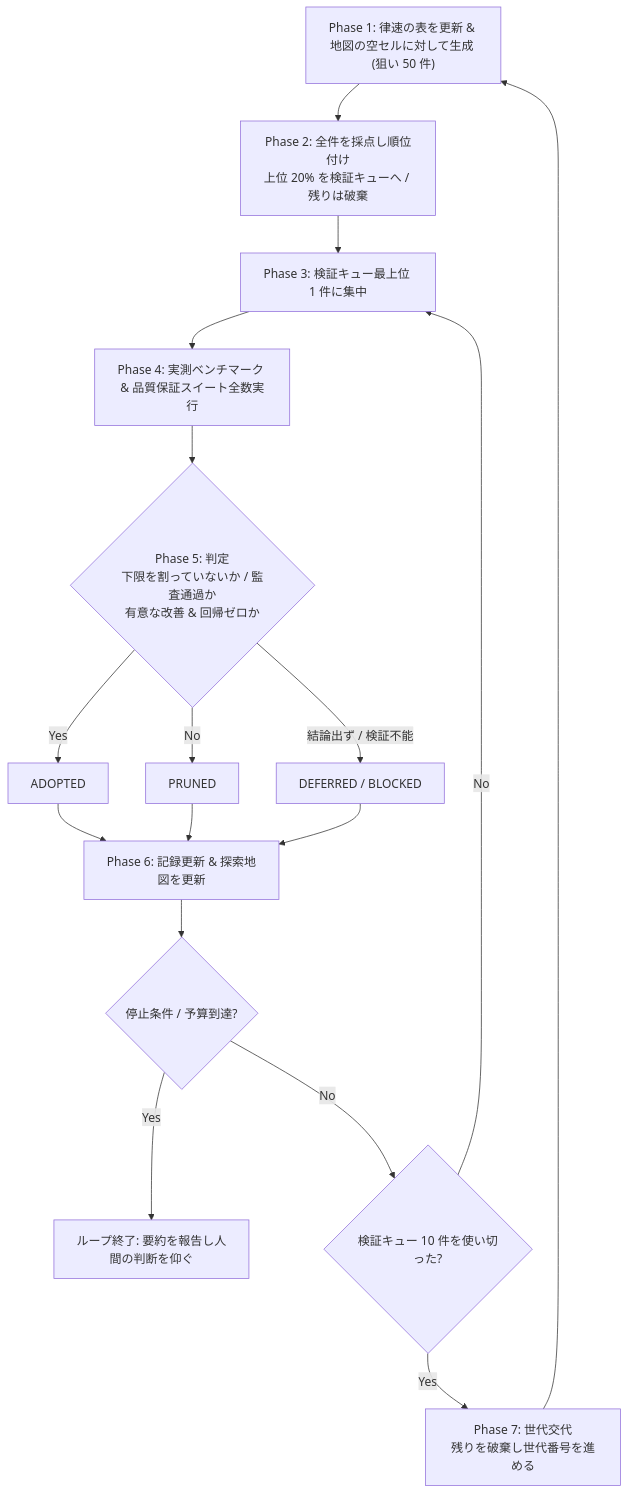
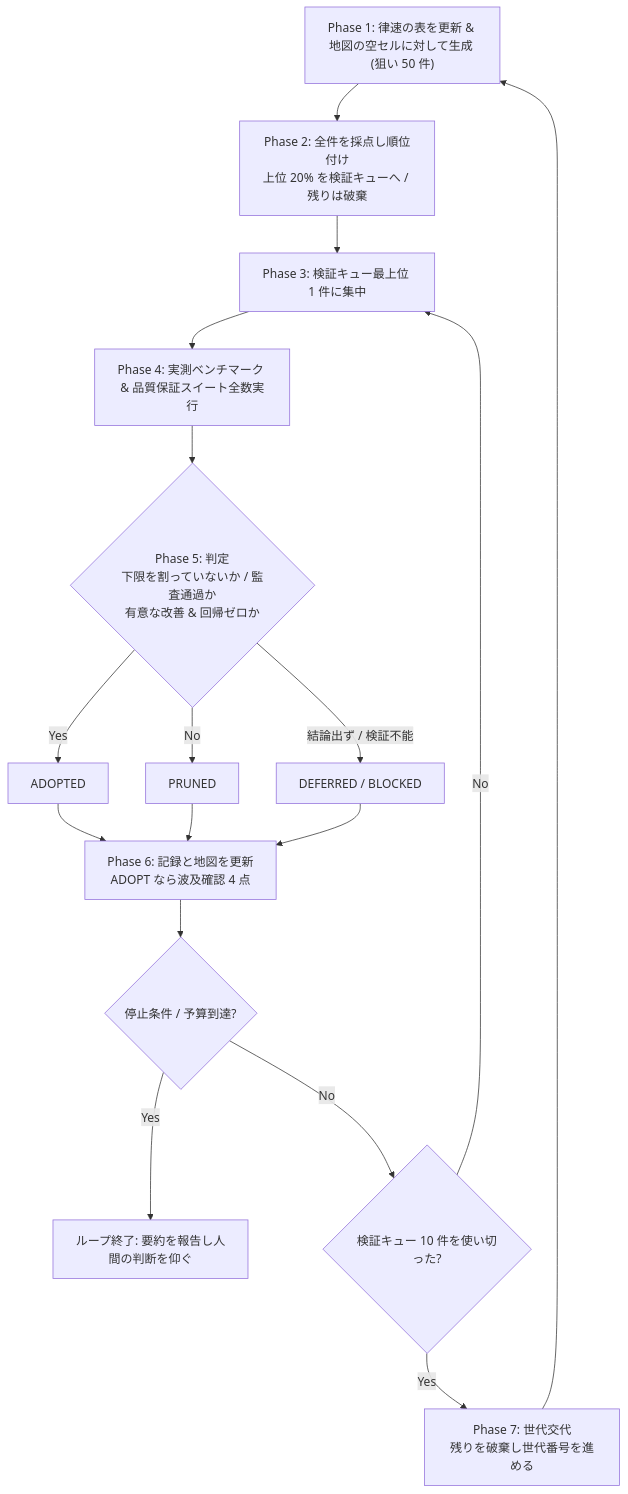
One commit to shutsuruwork-afk/sister-problem changed the diagram in .agents/skills/fail-fast-moonshot-loop/SKILL.md. Above: the diagram before and after it, drawn with Mermaid. The commit also changed other lines of this file, not shown here.

````diff
--- a/.agents/skills/fail-fast-moonshot-loop/SKILL.md
+++ b/.agents/skills/fail-fast-moonshot-loop/SKILL.md
@@ -362,19 +429,19 @@
 ```mermaid
 graph TD
     P1["Phase 1: 律速の表を更新 & 地図の空セルに対して生成 (狙い 50 件)"] --> P2["Phase 2: 全件を採点し順位付け<br/>上位 20% を検証キューへ / 残りは破棄"]
     P2 --> P3["Phase 3: 検証キュー最上位 1 件に集中"]
     P3 --> P4["Phase 4: 実測ベンチマーク & 品質保証スイート全数実行"]
     P4 --> P5{"Phase 5: 判定<br/>下限を割っていないか / 監査通過か<br/>有意な改善 & 回帰ゼロか"}
     P5 -- "Yes" --> V1["ADOPTED"]
     P5 -- "No" --> V2["PRUNED"]
     P5 -- "結論出ず / 検証不能" --> V3["DEFERRED / BLOCKED"]
-    V1 --> P6["Phase 6: 記録更新 & 探索地図を更新"]
+    V1 --> P6["Phase 6: 記録と地図を更新<br/>ADOPT なら波及確認 4 点"]
     V2 --> P6
     V3 --> P6
     P6 --> S{"停止条件 / 予算到達?"}
     S -- "Yes" --> E["ループ終了: 要約を報告し人間の判断を仰ぐ"]
     S -- "No" --> R{"検証キュー 10 件を使い切った?"}
     R -- "Yes" --> P7["Phase 7: 世代交代<br/>残りを破棄し世代番号を進める"]
     P7 --> P1
     R -- "No" --> P3
 ```
````
